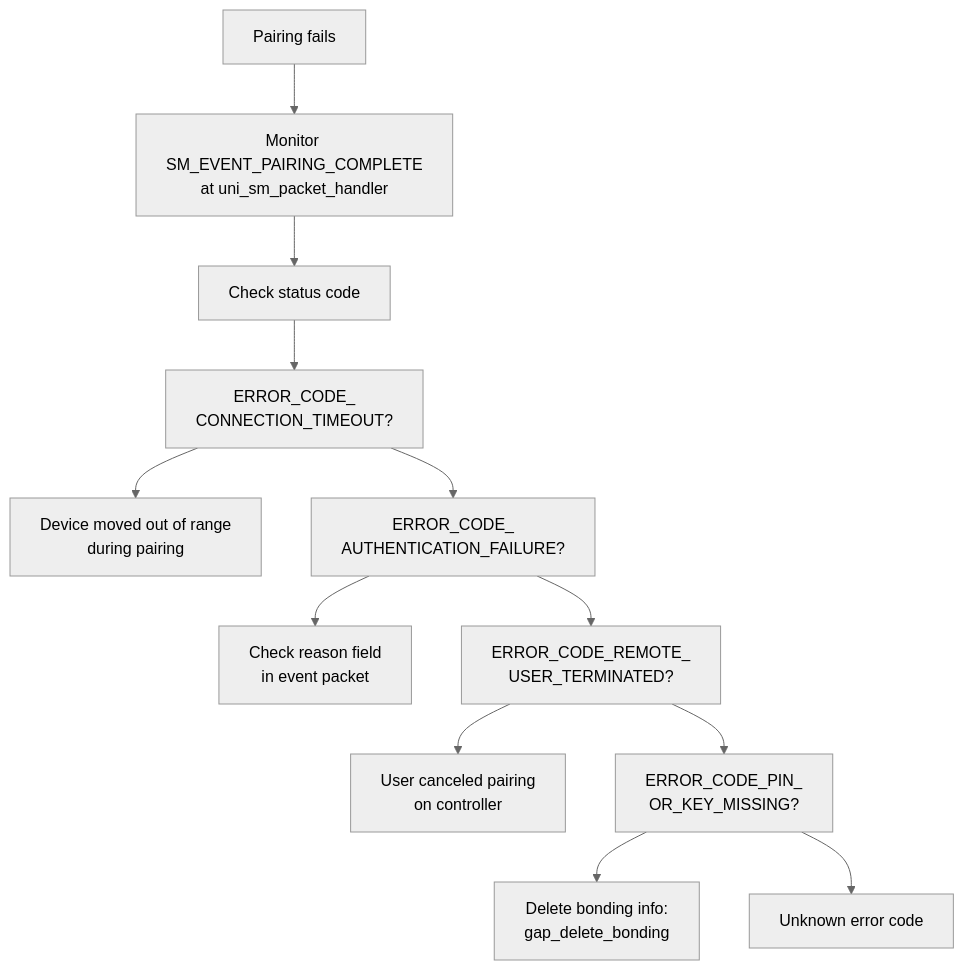
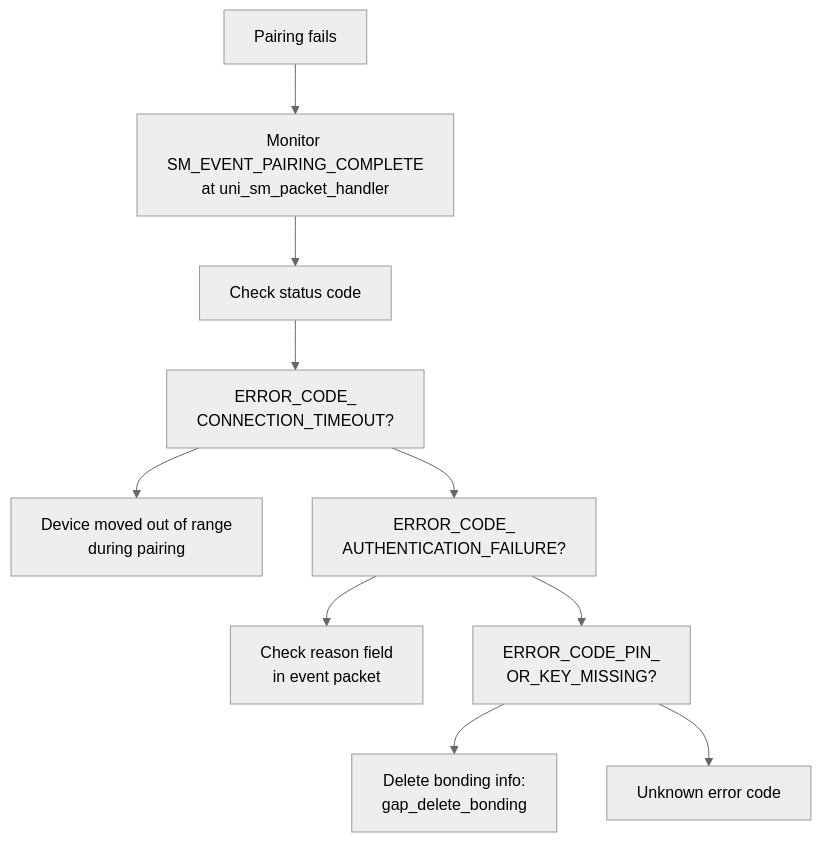
One commit to Jus-Be/orinayo-pico changed the second of 2 diagrams in wiki/10.3-troubleshooting.md. Above: the diagram before and after it, drawn with Mermaid (neutral theme). The commit also changed other lines of this file and 42 other files, not shown here.

````diff
--- a/wiki/10.3-troubleshooting.md
+++ b/wiki/10.3-troubleshooting.md
@@ -72,28 +80,24 @@
 ```mermaid
 flowchart TD
 
 Start["Pairing fails"]
 CheckEventType["Monitor SM_EVENT_PAIRING_COMPLETE<br>at uni_sm_packet_handler"]
 CheckStatus["Check status code"]
 Timeout["ERROR_CODE_<br>CONNECTION_TIMEOUT?"]
 CheckRange["Device moved out of range<br>during pairing"]
 AuthFail["ERROR_CODE_<br>AUTHENTICATION_FAILURE?"]
 CheckReason["Check reason field<br>in event packet"]
-CheckRemote["ERROR_CODE_REMOTE_<br>USER_TERMINATED?"]
-UserCanceled["User canceled pairing<br>on controller"]
 KeyMissing["ERROR_CODE_PIN_<br>OR_KEY_MISSING?"]
 DeleteBonding["Delete bonding info:<br>gap_delete_bonding"]
 OtherError["Unknown error code"]
 
 Start --> CheckEventType
 CheckEventType --> CheckStatus
 CheckStatus --> Timeout
 Timeout --> CheckRange
 Timeout --> AuthFail
 AuthFail --> CheckReason
-AuthFail --> CheckRemote
-CheckRemote --> UserCanceled
-CheckRemote --> KeyMissing
+AuthFail --> KeyMissing
 KeyMissing --> DeleteBonding
 KeyMissing --> OtherError
 ```
````
